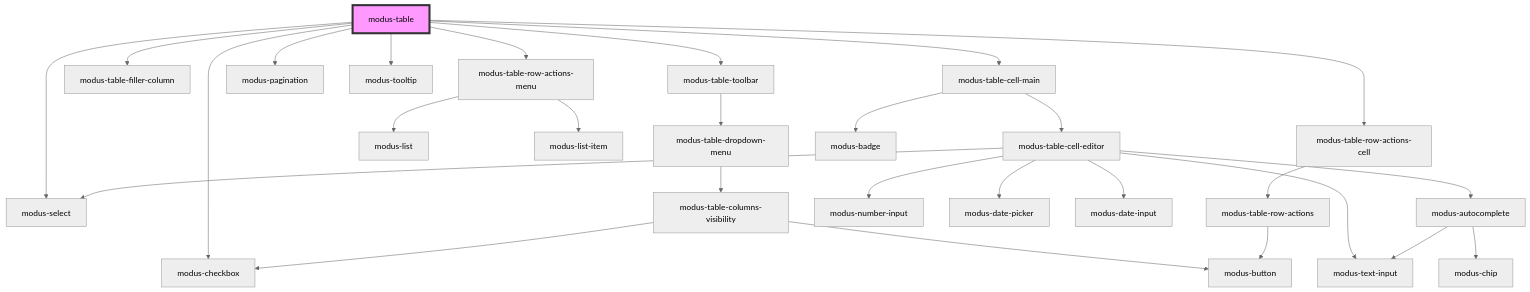
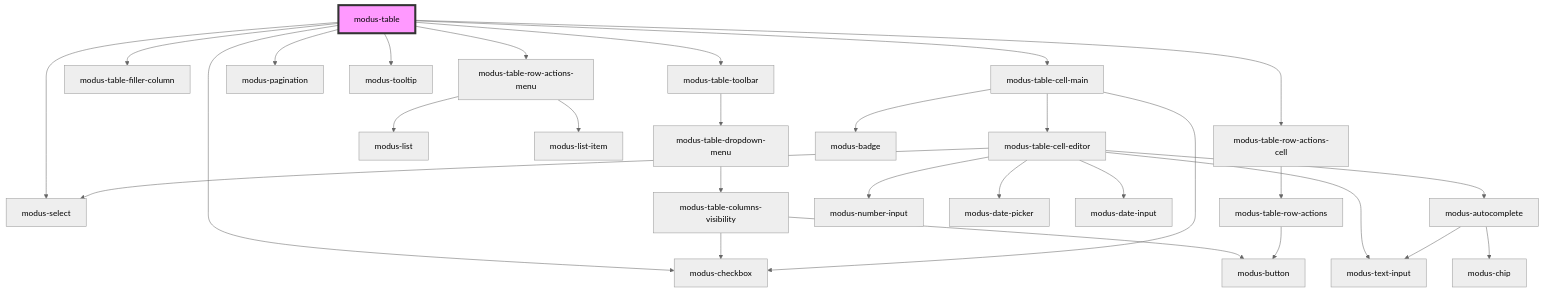
The diagram in stencil-workspace/src/components/modus-table/readme.md (trimble-oss/modus-web-components), drawn with Mermaid (neutral theme) before and after one commit. The commit also changed 3 other files, not shown here.

````diff
--- a/stencil-workspace/src/components/modus-table/readme.md
+++ b/stencil-workspace/src/components/modus-table/readme.md
@@ -116,31 +116,32 @@
 ```mermaid
 graph TD;
   modus-table --> modus-table-toolbar
   modus-table --> modus-table-filler-column
   modus-table --> modus-table-row-actions-menu
   modus-table --> modus-select
   modus-table --> modus-pagination
   modus-table --> modus-tooltip
   modus-table --> modus-checkbox
   modus-table --> modus-table-row-actions-cell
   modus-table --> modus-table-cell-main
   modus-table-toolbar --> modus-table-dropdown-menu
   modus-table-dropdown-menu --> modus-table-columns-visibility
   modus-table-columns-visibility --> modus-checkbox
   modus-table-columns-visibility --> modus-button
   modus-table-row-actions-menu --> modus-list
   modus-table-row-actions-menu --> modus-list-item
   modus-table-row-actions-cell --> modus-table-row-actions
   modus-table-row-actions --> modus-button
   modus-table-cell-main --> modus-table-cell-editor
   modus-table-cell-main --> modus-badge
+  modus-table-cell-main --> modus-checkbox
   modus-table-cell-editor --> modus-number-input
   modus-table-cell-editor --> modus-text-input
   modus-table-cell-editor --> modus-select
   modus-table-cell-editor --> modus-date-picker
   modus-table-cell-editor --> modus-date-input
   modus-table-cell-editor --> modus-autocomplete
   modus-autocomplete --> modus-text-input
   modus-autocomplete --> modus-chip
   style modus-table fill:#f9f,stroke:#333,stroke-width:4px
 ```
````
